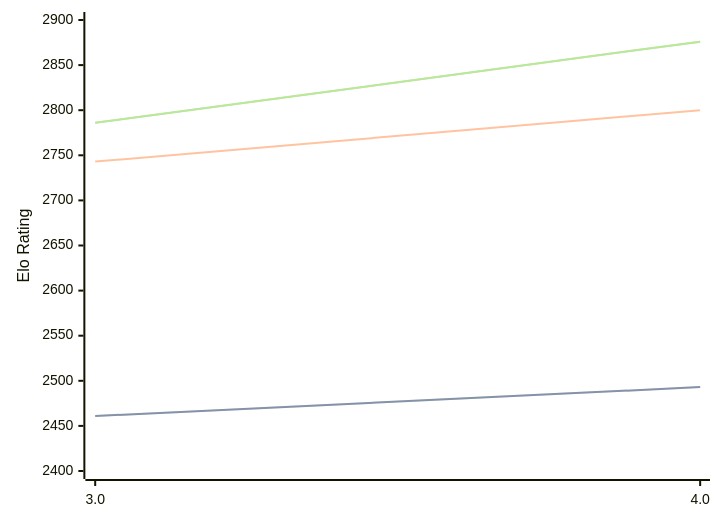
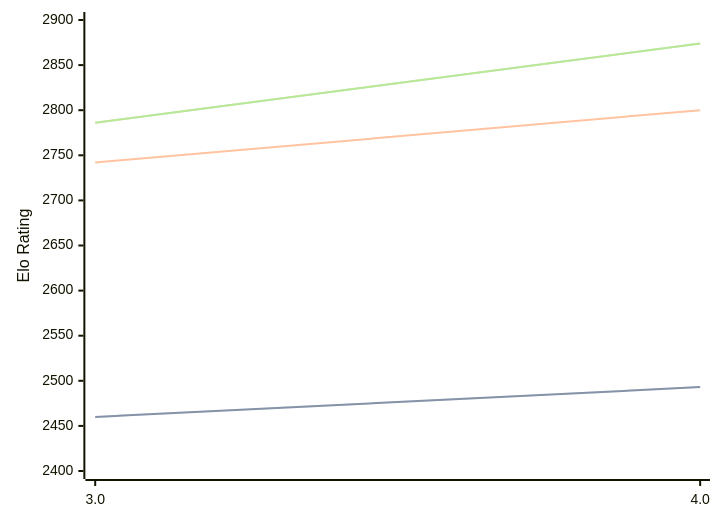
Before and after one commit to computer-chess-index/cci: the diagram in engines/Chess3.md, drawn with Mermaid. The commit also changed other lines of this file, not shown here.

Commit message:
Update CCI Ratings (ELO VLTC) - 2026-06-12

````diff
--- a/engines/Chess3.md
+++ b/engines/Chess3.md
@@ -34,11 +34,11 @@
 ```mermaid
 %%{init: {"theme":"base","themeVariables":{"seriesColors:['#a3a3a3','#222221','#faa371']}}}%%
 xychart-beta
   x-axis ["3.0", "4.0"]
   y-axis "Elo Rating" 2400 --> 2900
-  line "STC (8.0+0.08s)" [2461, 2493]
-  line "STC (8.0+0.08s)" [2461, 2493]
-  line "LTC (60.0+0.60s)" [2743, 2800]
-  line "VLTC (2m24s+1.12s)" [2786, 2876]
-  line "VLTC (2m24s+1.12s)" [2786, 2876]
+  line "STC (8.0+0.08s)" [2460, 2493]
+  line "STC (8.0+0.08s)" [2460, 2493]
+  line "LTC (60.0+0.60s)" [2742, 2800]
+  line "VLTC (2m24s+1.12s)" [2786, 2874]
+  line "VLTC (2m24s+1.12s)" [2786, 2874]
 ```
````
